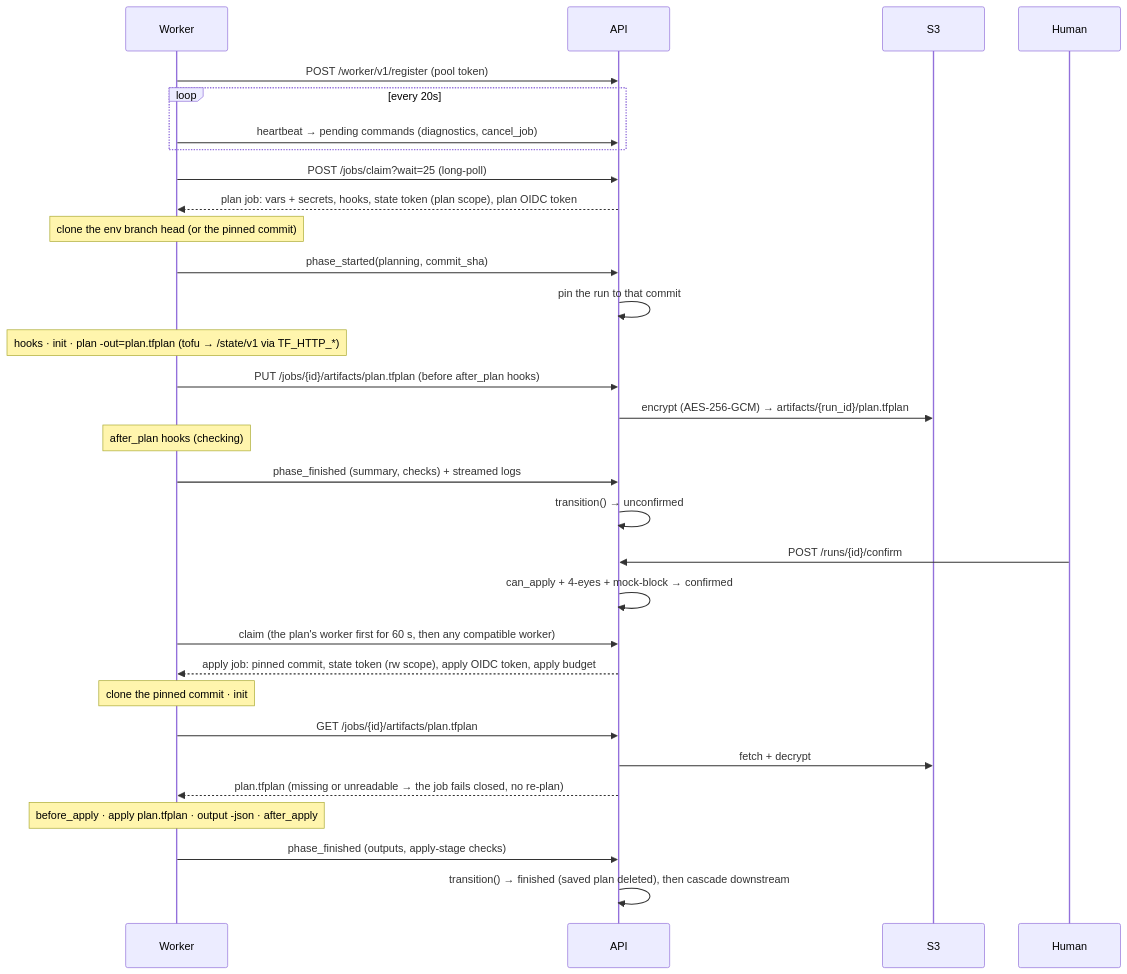
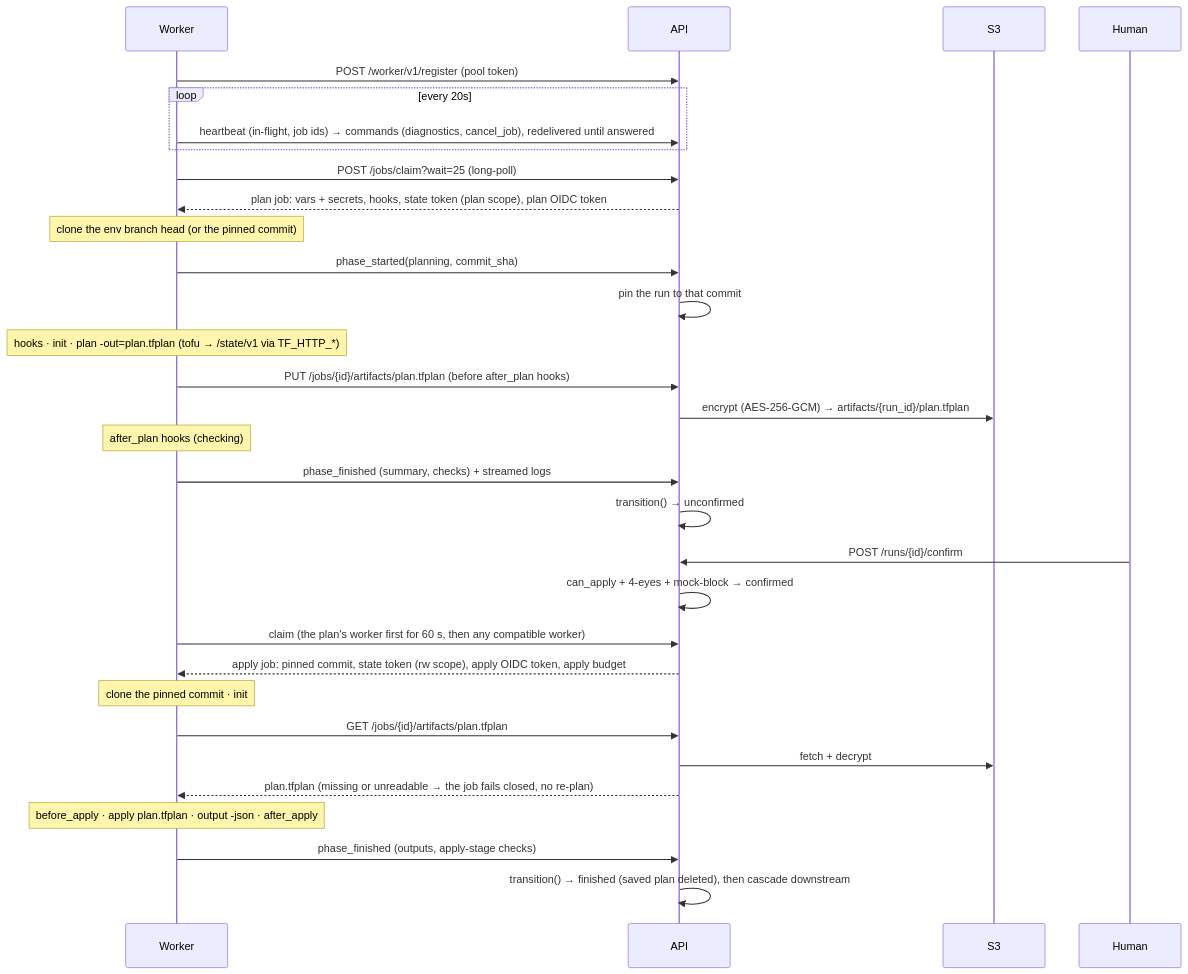
Before and after one commit to fmiquel90/stackd: the third of 6 diagrams in docs/ARCHITECTURE.md, drawn with Mermaid. The commit also changed other lines of this file and 18 other files, not shown here.

````diff
--- a/docs/ARCHITECTURE.md
+++ b/docs/ARCHITECTURE.md
@@ -116,33 +121,33 @@
 ```mermaid
 sequenceDiagram
     participant W as Worker
     participant A as API
     participant S as S3
     participant H as Human
     W->>A: POST /worker/v1/register (pool token)
     loop every 20s
-        W->>A: heartbeat → pending commands (diagnostics, cancel_job)
+        W->>A: heartbeat (in-flight, job ids) → commands (diagnostics, cancel_job), redelivered until answered
     end
     W->>A: POST /jobs/claim?wait=25 (long-poll)
     A-->>W: plan job: vars + secrets, hooks, state token (plan scope), plan OIDC token
     Note over W: clone the env branch head (or the pinned commit)
     W->>A: phase_started(planning, commit_sha)
     A->>A: pin the run to that commit
     Note over W: hooks · init · plan -out=plan.tfplan (tofu → /state/v1 via TF_HTTP_*)
     W->>A: PUT /jobs/{id}/artifacts/plan.tfplan (before after_plan hooks)
     A->>S: encrypt (AES-256-GCM) → artifacts/{run_id}/plan.tfplan
     Note over W: after_plan hooks (checking)
     W->>A: phase_finished (summary, checks) + streamed logs
     A->>A: transition() → unconfirmed
     H->>A: POST /runs/{id}/confirm
     A->>A: can_apply + 4-eyes + mock-block → confirmed
     W->>A: claim (the plan's worker first for 60 s, then any compatible worker)
     A-->>W: apply job: pinned commit, state token (rw scope), apply OIDC token, apply budget
     Note over W: clone the pinned commit · init
     W->>A: GET /jobs/{id}/artifacts/plan.tfplan
     A->>S: fetch + decrypt
     A-->>W: plan.tfplan (missing or unreadable → the job fails closed, no re-plan)
     Note over W: before_apply · apply plan.tfplan · output -json · after_apply
     W->>A: phase_finished (outputs, apply-stage checks)
     A->>A: transition() → finished (saved plan deleted), then cascade downstream
 ```
````
